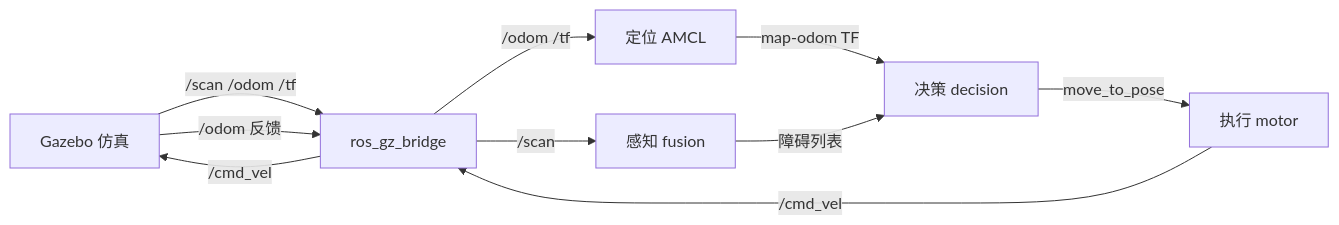
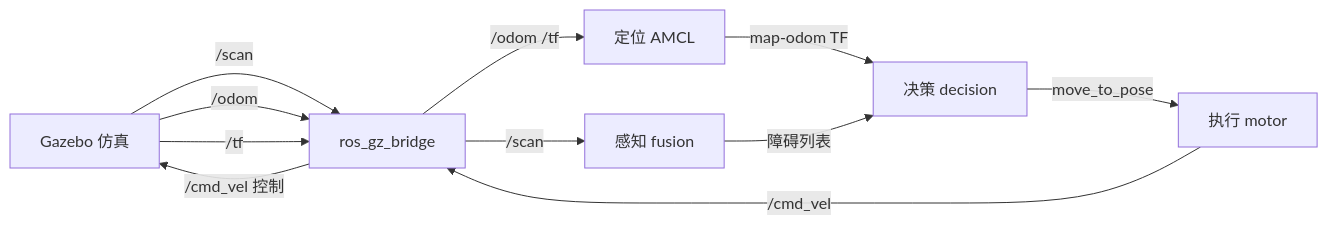
The fourth of 5 diagrams in docs/design/architecture-overview.md (guang-lee-cn/ros2_amr_framework), drawn with Mermaid before and after one commit. The commit also changed other lines of this file, not shown here.

````diff
--- a/docs/design/architecture-overview.md
+++ b/docs/design/architecture-overview.md
@@ -26,18 +88,19 @@
 ```mermaid
 flowchart LR
     GZ["Gazebo 仿真"]
     BR["ros_gz_bridge"]
     FUS["感知 fusion"]
     DEC["决策 decision"]
     MOT["执行 motor"]
     POS["定位 AMCL"]
-    GZ -->|"/scan /odom /tf"| BR
+    GZ -->|"/scan"| BR
+    GZ -->|"/odom"| BR
+    GZ -->|"/tf"| BR
     BR -->|"/scan"| FUS
     BR -->|"/odom /tf"| POS
     POS -->|"map-odom TF"| DEC
     FUS -->|"障碍列表"| DEC
     DEC -->|"move_to_pose"| MOT
     MOT -->|"/cmd_vel"| BR
-    BR -->|"/cmd_vel"| GZ
-    GZ -->|"/odom 反馈"| BR
+    BR -->|"/cmd_vel 控制"| GZ
 ```
````
